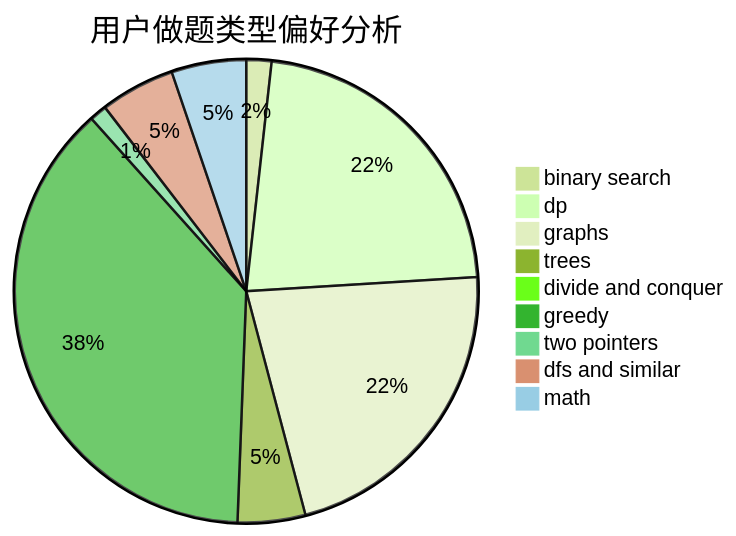
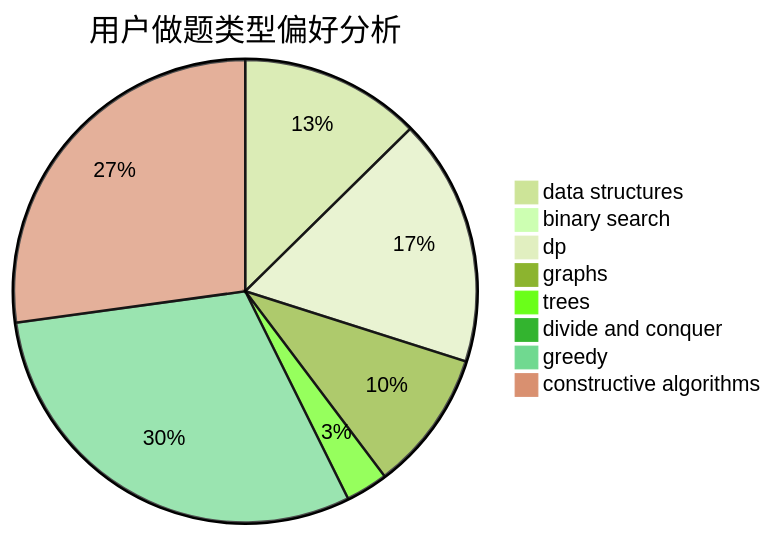
The second of 3 diagrams in docs/user/u2261.md (sherpahu/cfrs.github.io), drawn with Mermaid (forest theme) before and after one commit. The commit also changed other lines of this file and 2775 other files, not shown here.

````diff
--- a/docs/user/u2261.md
+++ b/docs/user/u2261.md
@@ -23,12 +23,11 @@
 ```mermaid
 pie title 用户做题类型偏好分析
-    "binary search" :  61
-    "dp" :  773
-    "graphs" :  759
-    "trees" :  164
-    "divide and conquer" :  4
-    "greedy" :  1311
-    "two pointers" :  42
-    "dfs and similar" :  181
-    "math" :  181
+    "data structures" :  355
+    "binary search" :  20
+    "dp" :  486
+    "graphs" :  276
+    "trees" :  83
+    "divide and conquer" :  0
+    "greedy" :  848
+    "constructive algorithms" :  764
 ```
````
